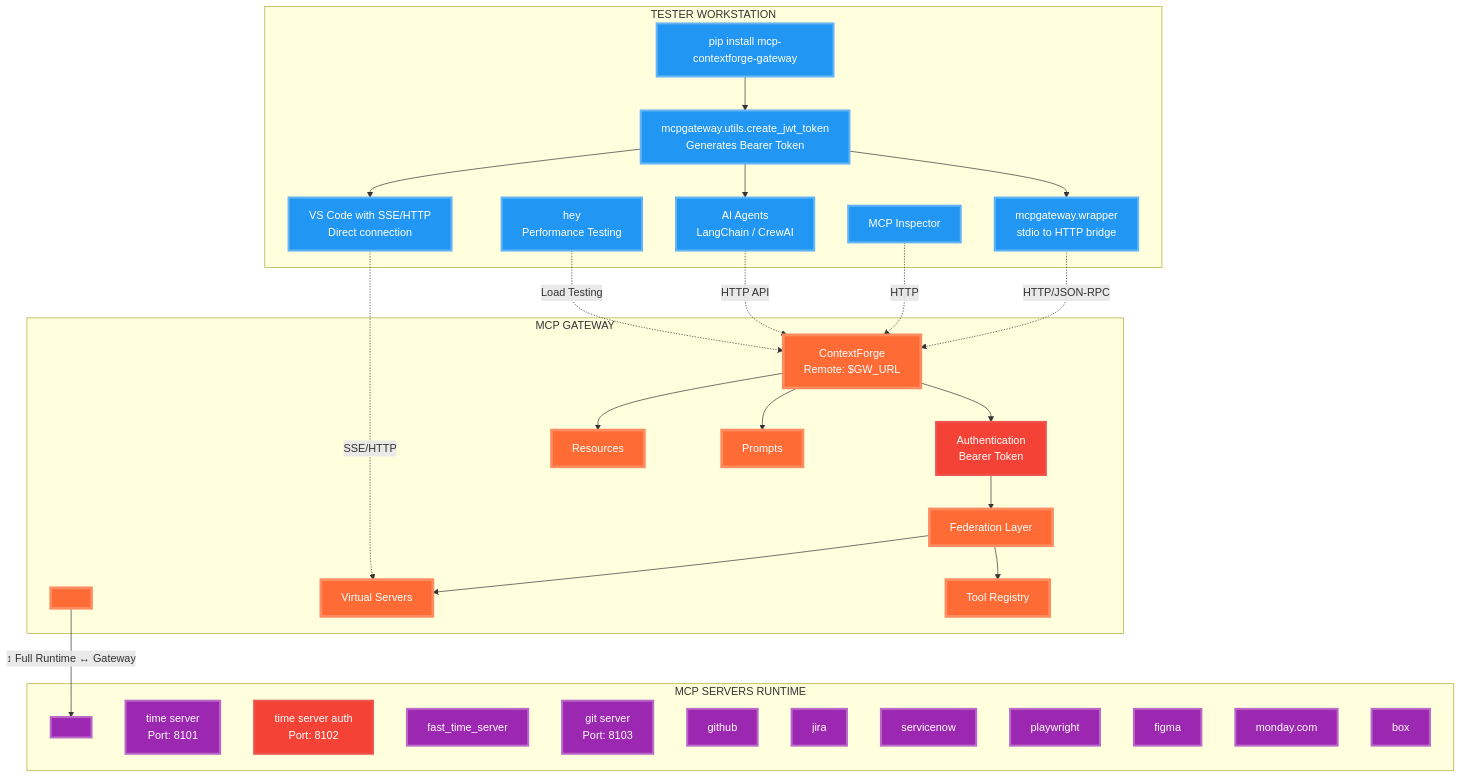
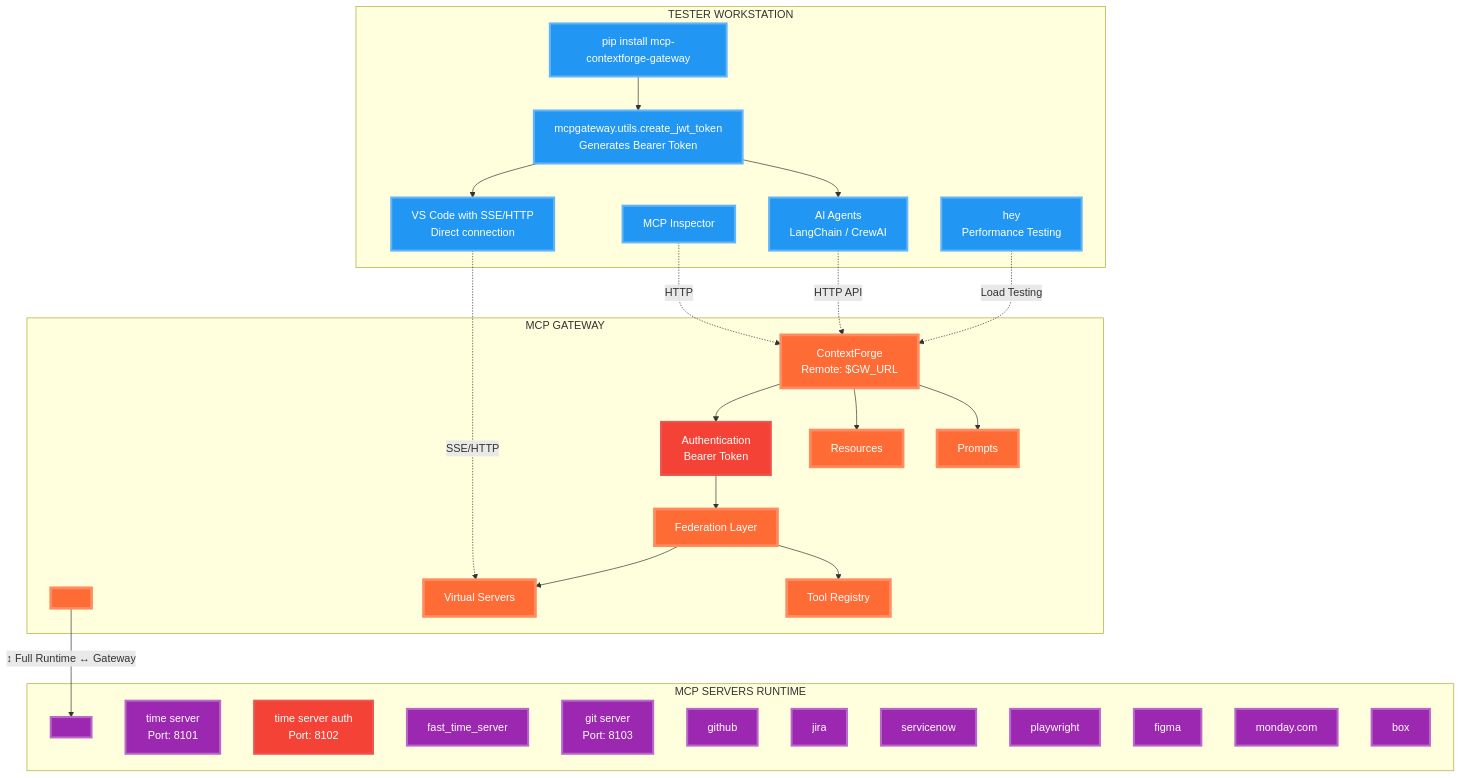
The diagram in docs/docs/testing/acceptance.md (brian-hussey/mcp-context-forge), drawn with Mermaid before and after one commit. The commit also changed other lines of this file and 97 other files, not shown here.

First line of the commit message:
chore: remove stdio wrapper in favor of FastMCP (#6201)

````diff
--- a/docs/docs/testing/acceptance.md
+++ b/docs/docs/testing/acceptance.md
@@ -5,72 +5,69 @@
 ```mermaid
 graph TB
     subgraph "TESTER WORKSTATION"
         PIP[pip install mcp-contextforge-gateway]
         JWT[mcpgateway.utils.create_jwt_token<br/>Generates Bearer Token]
-        WRAPPER[mcpgateway.wrapper<br/>stdio to HTTP bridge]
         VSC_SSE[VS Code with SSE/HTTP<br/>Direct connection]
         INSPECTOR[MCP Inspector]
         AGENTS[AI Agents<br/>LangChain / CrewAI]
         HEY[hey<br/>Performance Testing]
 
         PIP --> JWT
-        JWT --> WRAPPER
         JWT --> VSC_SSE
         JWT --> AGENTS
     end
 
     subgraph "MCP GATEWAY"
         GATEWAY_ENTRY[ ]
         GW[ContextForge<br/>Remote: $GW_URL]
         GW_AUTH[Authentication<br/>Bearer Token]
         GW_FEDERATION[Federation Layer]
         GW_VIRTUAL[Virtual Servers]
         GW_RESOURCES[Resources]
         GW_PROMPTS[Prompts]
         GW_TOOLS[Tool Registry]
 
         GW --> GW_AUTH
         GW_AUTH --> GW_FEDERATION
         GW_FEDERATION --> GW_VIRTUAL
         GW_FEDERATION --> GW_TOOLS
         GW --> GW_RESOURCES
         GW --> GW_PROMPTS
     end
 
     subgraph "MCP SERVERS RUNTIME"
         RUNTIME_ENTRY[ ]
         TIME[time server<br/>Port: 8101]
         TIME_AUTH[time server auth<br/>Port: 8102]
         FAST_TIME[fast_time_server]
         GIT[git server<br/>Port: 8103]
         GITHUB[github]
         JIRA[jira]
         SERVICENOW[servicenow]
         PLAYWRIGHT[playwright]
         FIGMA[figma]
         MONDAY[monday.com]
         BOX[box]
     end
 
     %% Simulate full subgraph connection
     GATEWAY_ENTRY -->|↕ Full Runtime ↔ Gateway| RUNTIME_ENTRY
 
     %% Connections from Workstation to Gateway
-    WRAPPER -.->|HTTP/JSON-RPC| GW
     VSC_SSE -.->|SSE/HTTP| GW_VIRTUAL
     INSPECTOR -.->|HTTP| GW
     AGENTS -.->|HTTP API| GW
     HEY -.->|Load Testing| GW
 
     %% Styling for dark theme visibility
     classDef workstation fill:#2196F3,stroke:#64B5F6,stroke-width:3px,color:#fff
     classDef gateway fill:#FF6B35,stroke:#FF8C61,stroke-width:4px,color:#fff
     classDef servers fill:#9C27B0,stroke:#BA68C8,stroke-width:3px,color:#fff
     classDef auth fill:#F44336,stroke:#EF5350,stroke-width:3px,color:#fff
 
-    class PIP,JWT,WRAPPER,VSC_SSE,INSPECTOR,AGENTS,HEY workstation
+    class PIP,JWT,VSC_SSE,INSPECTOR,AGENTS,HEY workstation
     class GW,GW_FEDERATION,GW_VIRTUAL,GW_RESOURCES,GW_PROMPTS,GW_TOOLS,GATEWAY_ENTRY gateway
     class TIME,TIME_AUTH,FAST_TIME,GIT,GITHUB,JIRA,SERVICENOW,PLAYWRIGHT,FIGMA,MONDAY,BOX,RUNTIME_ENTRY servers
     class GW_AUTH,TIME_AUTH auth
 
 ```
````
